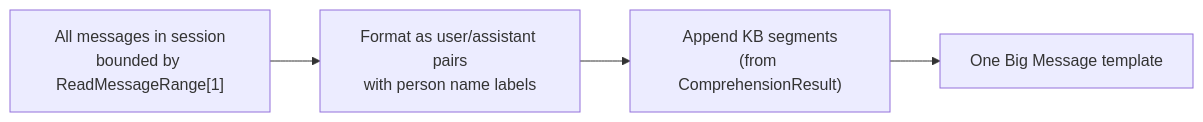
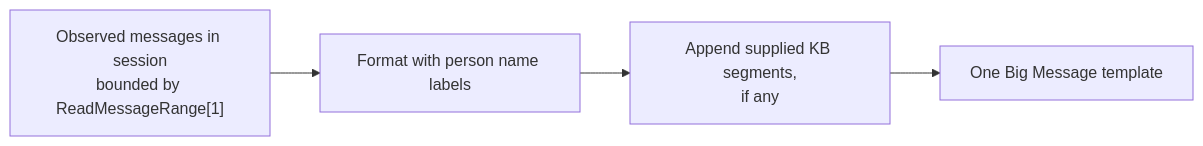
The seventh of 9 diagrams in doc/engineering_implements/context-engineering-pipeline.md (KoanJan/qingqiu-world), drawn with Mermaid before and after one commit. The commit also changed other lines of this file and 83 other files, not shown here.

````diff
--- a/doc/engineering_implements/context-engineering-pipeline.md
+++ b/doc/engineering_implements/context-engineering-pipeline.md
@@ -242,6 +245,6 @@
 ```mermaid
 flowchart LR
-    Messages["All messages in session<br/>bounded by ReadMessageRange[1]"] --> Format["Format as user/assistant pairs<br/>with person name labels"]
-    Format --> Segments["Append KB segments<br/>(from ComprehensionResult)"]
+    Messages["Observed messages in session<br/>bounded by ReadMessageRange[1]"] --> Format["Format with person name labels"]
+    Format --> Segments["Append supplied KB segments,<br/>if any"]
     Segments --> Prompt["One Big Message template"]
 ```
````
